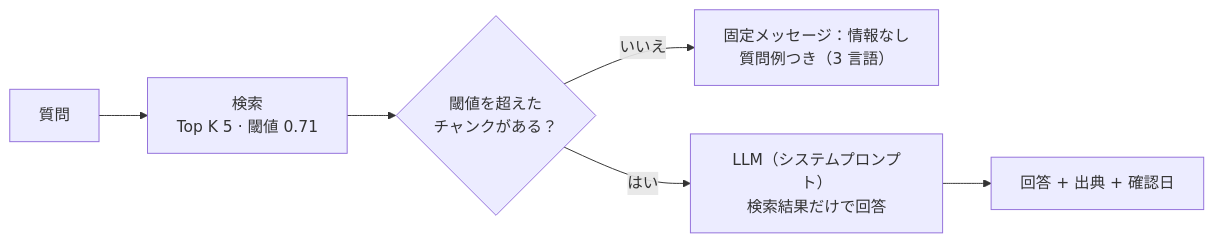
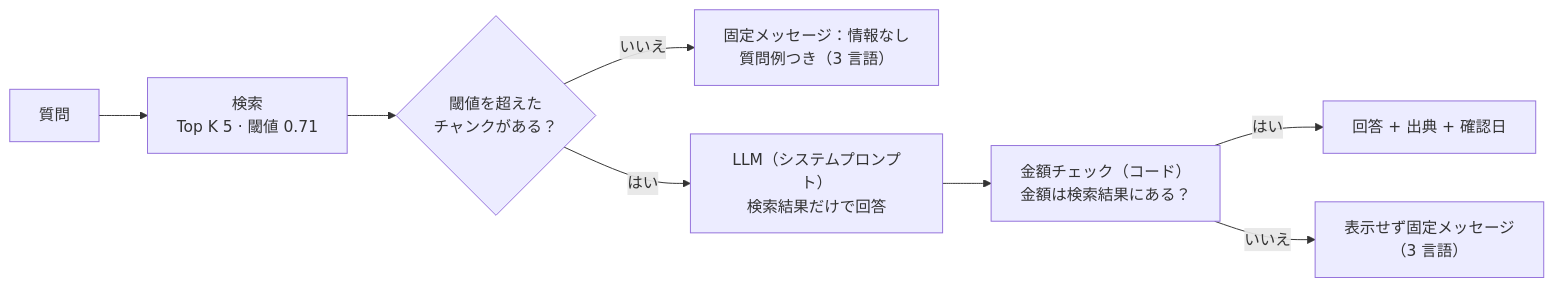
One commit to atsushigo/japan-ferry-kb changed the second of 2 diagrams in README.ja.md. Above: the diagram before and after it, drawn with Mermaid. The commit also changed other lines of this file and 22 other files, not shown here.

````diff
--- a/README.ja.md
+++ b/README.ja.md
@@ -41,8 +41,10 @@
 ```mermaid
 flowchart LR
   Q["質問"] --> R["検索<br/>Top K 5 · 閾値 0.71"]
   R --> E{"閾値を超えた<br/>チャンクがある？"}
   E -- いいえ --> N["固定メッセージ：情報なし<br/>質問例つき（3 言語）"]
   E -- はい --> L["LLM（システムプロンプト）<br/>検索結果だけで回答"]
-  L --> F["回答 + 出典 + 確認日"]
+  L --> G["金額チェック（コード）<br/>金額は検索結果にある？"]
+  G -- はい --> F["回答 + 出典 + 確認日"]
+  G -- いいえ --> X["表示せず固定メッセージ<br/>（3 言語）"]
 ```
````
